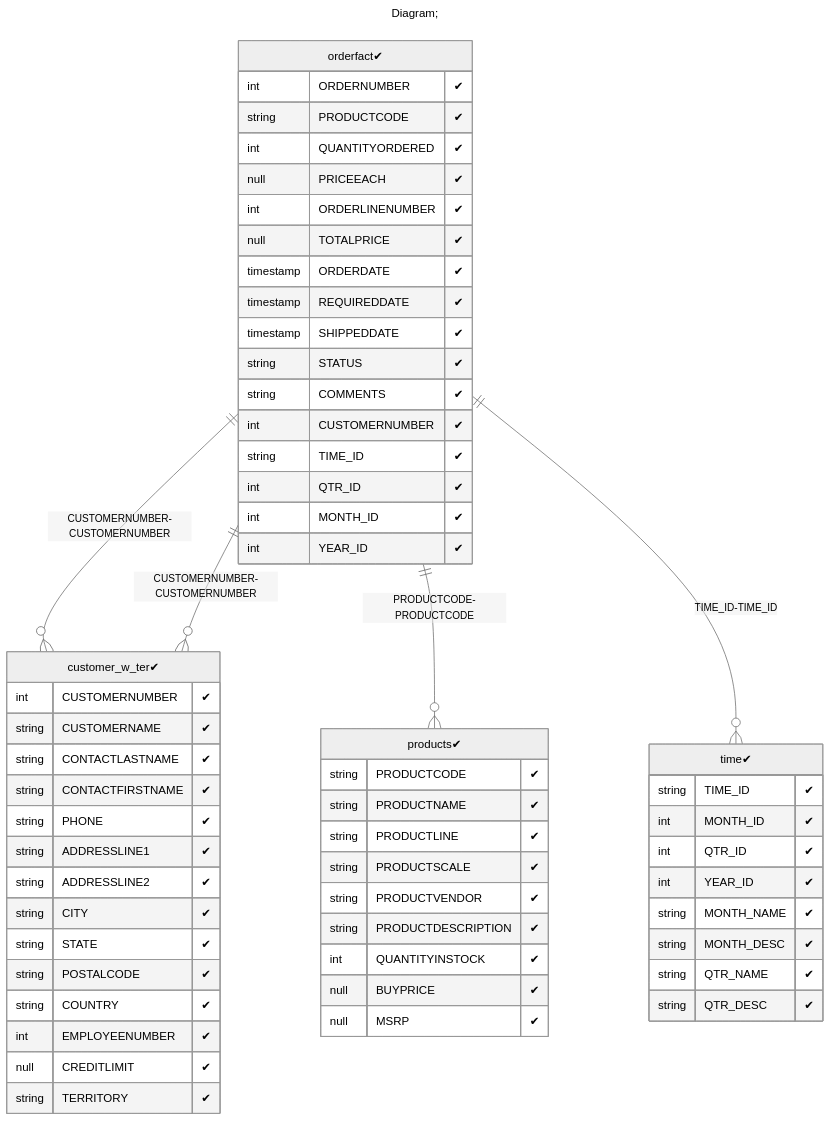
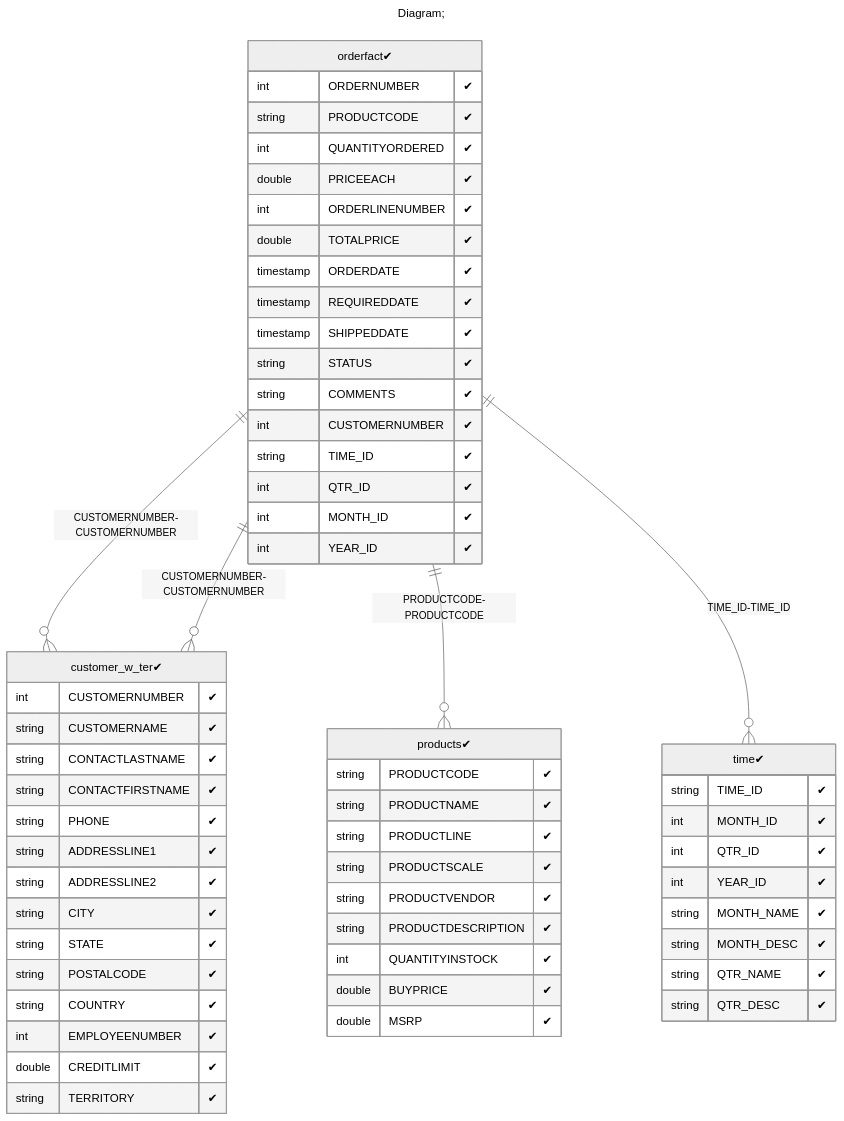
Before and after one commit to xmla-services/workground: the third of 3 diagrams in demo/server/catalogs/complex_SteelWheel/README.MD, drawn with Mermaid (neutral theme). The commit also changed 31 other files, not shown here.

````diff
--- a/demo/server/catalogs/complex_SteelWheel/README.MD
+++ b/demo/server/catalogs/complex_SteelWheel/README.MD
@@ -223,66 +223,66 @@
 ```mermaid
 ---
 title: Diagram;
 ---
 erDiagram
 "customer_w_ter✔"{
 int CUSTOMERNUMBER "✔"
 string CUSTOMERNAME "✔"
 string CONTACTLASTNAME "✔"
 string CONTACTFIRSTNAME "✔"
 string PHONE "✔"
 string ADDRESSLINE1 "✔"
 string ADDRESSLINE2 "✔"
 string CITY "✔"
 string STATE "✔"
 string POSTALCODE "✔"
 string COUNTRY "✔"
 int EMPLOYEENUMBER "✔"
-null CREDITLIMIT "✔"
+double CREDITLIMIT "✔"
 string TERRITORY "✔"
 }
 "orderfact✔"{
 int ORDERNUMBER "✔"
 string PRODUCTCODE "✔"
 int QUANTITYORDERED "✔"
-null PRICEEACH "✔"
+double PRICEEACH "✔"
 int ORDERLINENUMBER "✔"
-null TOTALPRICE "✔"
+double TOTALPRICE "✔"
 timestamp ORDERDATE "✔"
 timestamp REQUIREDDATE "✔"
 timestamp SHIPPEDDATE "✔"
 string STATUS "✔"
 string COMMENTS "✔"
 int CUSTOMERNUMBER "✔"
 string TIME_ID "✔"
 int QTR_ID "✔"
 int MONTH_ID "✔"
 int YEAR_ID "✔"
 }
 "products✔"{
 string PRODUCTCODE "✔"
 string PRODUCTNAME "✔"
 string PRODUCTLINE "✔"
 string PRODUCTSCALE "✔"
 string PRODUCTVENDOR "✔"
 string PRODUCTDESCRIPTION "✔"
 int QUANTITYINSTOCK "✔"
-null BUYPRICE "✔"
-null MSRP "✔"
+double BUYPRICE "✔"
+double MSRP "✔"
 }
 "time✔"{
 string TIME_ID "✔"
 int MONTH_ID "✔"
 int QTR_ID "✔"
 int YEAR_ID "✔"
 string MONTH_NAME "✔"
 string MONTH_DESC "✔"
 string QTR_NAME "✔"
 string QTR_DESC "✔"
 }
 
 "orderfact✔" ||--o{ "customer_w_ter✔" : "CUSTOMERNUMBER-CUSTOMERNUMBER"
 "orderfact✔" ||--o{ "customer_w_ter✔" : "CUSTOMERNUMBER-CUSTOMERNUMBER"
 "orderfact✔" ||--o{ "products✔" : "PRODUCTCODE-PRODUCTCODE"
 "orderfact✔" ||--o{ "time✔" : "TIME_ID-TIME_ID"
 ```
````
